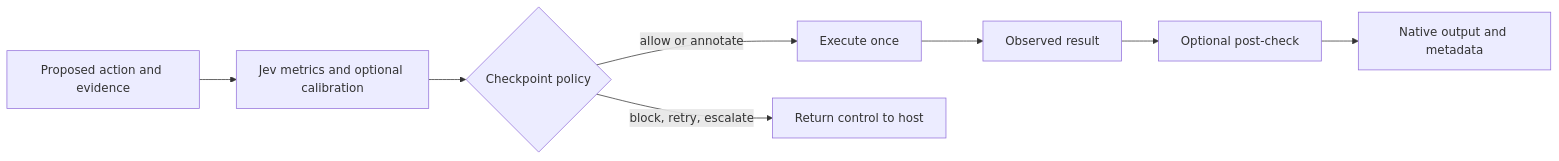
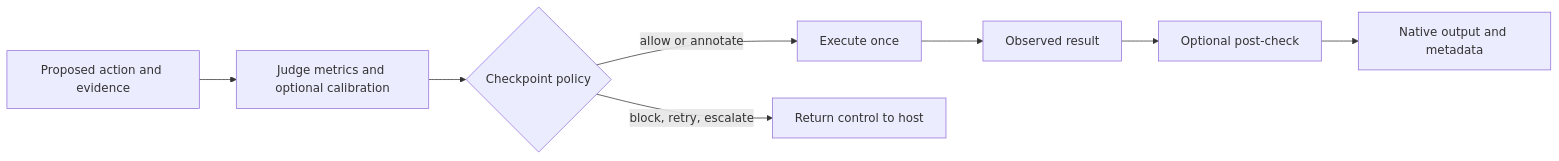
Before and after one commit to TrustifAI/typed_evals: the diagram in docs/RUNTIME.md, drawn with Mermaid. The commit also changed other lines of this file and 35 other files, not shown here.

````diff
--- a/docs/RUNTIME.md
+++ b/docs/RUNTIME.md
@@ -107,10 +145,10 @@
 ```mermaid
 flowchart LR
-    P[Proposed action and evidence] --> J[Jev metrics and optional calibration]
+    P[Proposed action and evidence] --> J[Judge metrics and optional calibration]
     J --> D{Checkpoint policy}
     D -->|allow or annotate| E[Execute once]
     D -->|block, retry, escalate| H[Return control to host]
     E --> O[Observed result]
     O --> R[Optional post-check]
     R --> M[Native output and metadata]
 ```
````
